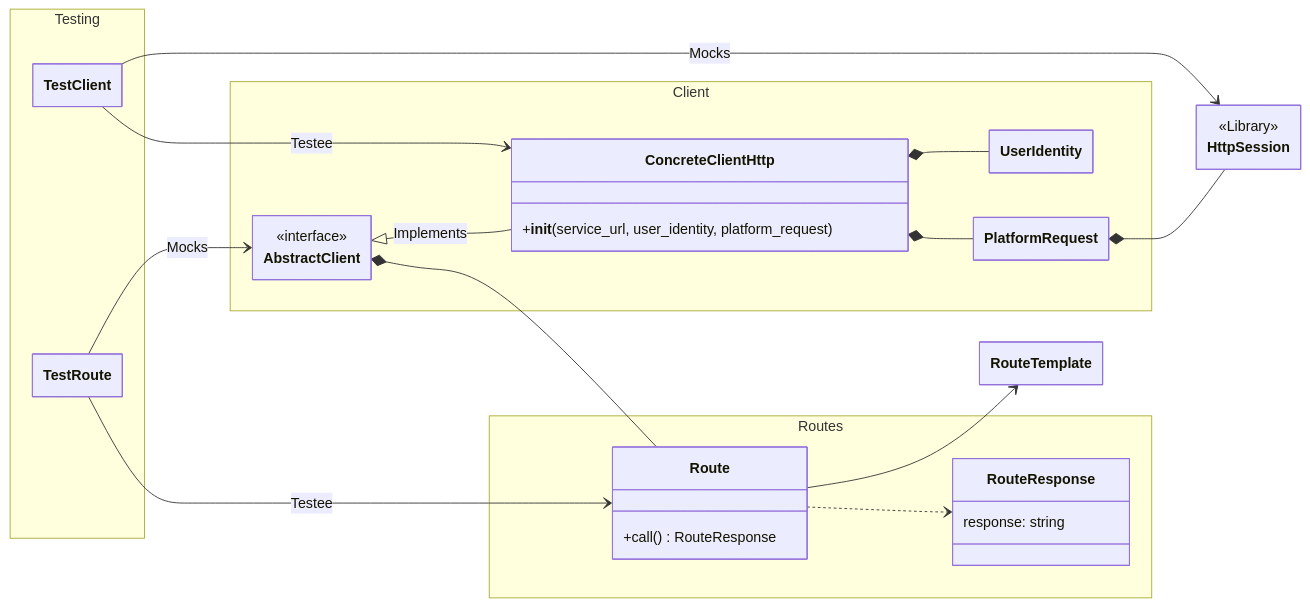
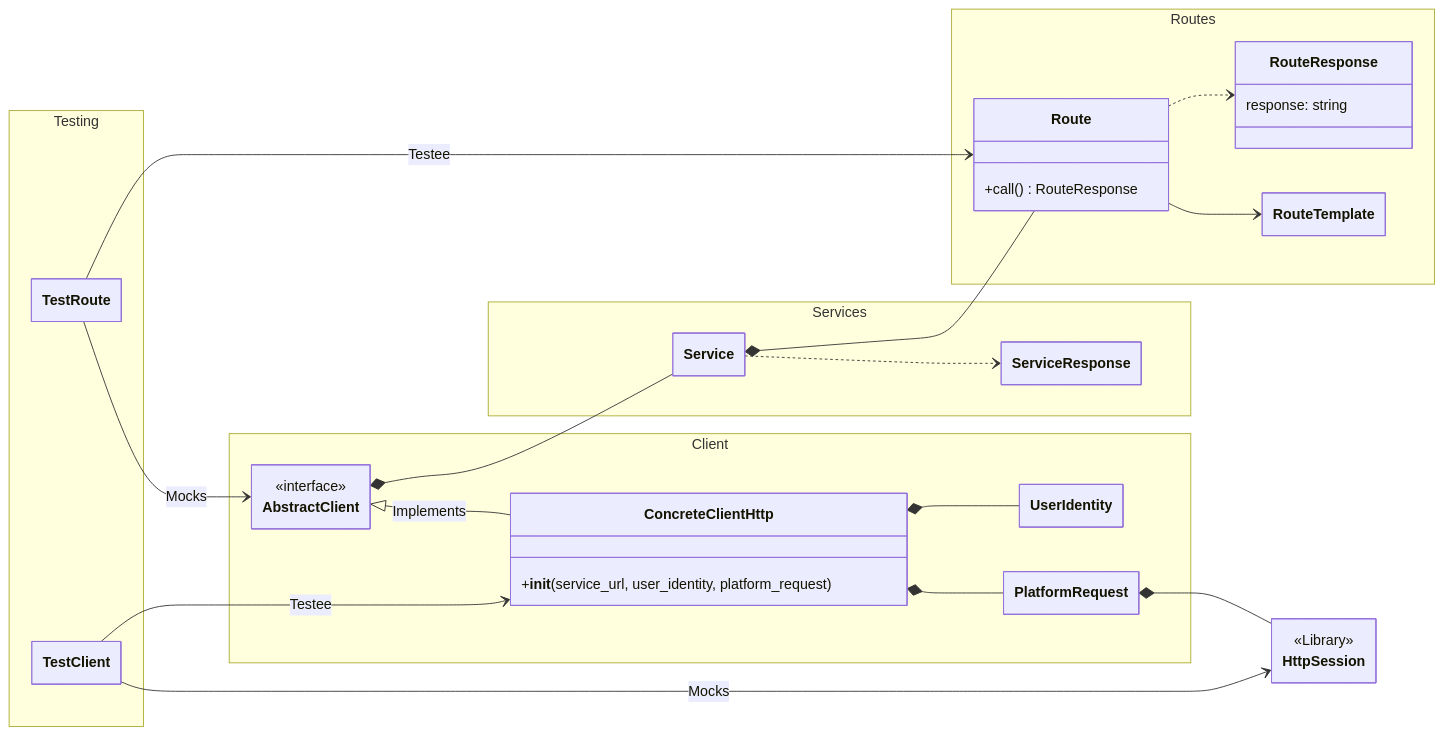
The diagram in services/watson-extension/diagram.mermaid (RedHatInsights/astro-virtual-assistant), drawn with Mermaid before and after one commit. The commit also changed 13 other files, not shown here.

```diff
--- a/services/watson-extension/diagram.mermaid
+++ b/services/watson-extension/diagram.mermaid
@@ -1,67 +1,83 @@
 ---
   config:
     class:
       hideEmptyMembersBox: true
 ---
 classDiagram
     direction LR
 
     namespace Client {
         class AbstractClient {
             <<interface>>
         }
 
         class ConcreteClientHttp {
             +__init__(service_url, user_identity, platform_request)
         }
 
         class UserIdentity {
         }
 
         class PlatformRequest {
 
         }
     }
 
     class HttpSession {
         <<Library>>
     }
 
+    namespace Services {
+        class Service {
+        }
+
+        class ServiceResponse {
+
+        }
+    }
+
     namespace Routes {
         class Route {
             +call() RouteResponse
         }
 
         class RouteResponse {
             response: string
+        }
+
+        class RouteTemplate {
+
         }
 
     }
 
     namespace Testing {
         class TestClient {
 
         }
 
         class TestRoute {
 
         }
 
     }
 
     AbstractClient <|-- ConcreteClientHttp : Implements
     ConcreteClientHttp *-- UserIdentity
     ConcreteClientHttp *-- PlatformRequest
 
     PlatformRequest *-- HttpSession
 
-    AbstractClient *-- Route
+    AbstractClient *-- Service
+    Service *-- Route
+
+    Service ..> ServiceResponse
 
     Route --> RouteTemplate
     Route ..> RouteResponse
 
     TestClient --> HttpSession : Mocks
     TestClient --> ConcreteClientHttp : Testee
 
     TestRoute --> AbstractClient : Mocks
     TestRoute --> Route : Testee
```
